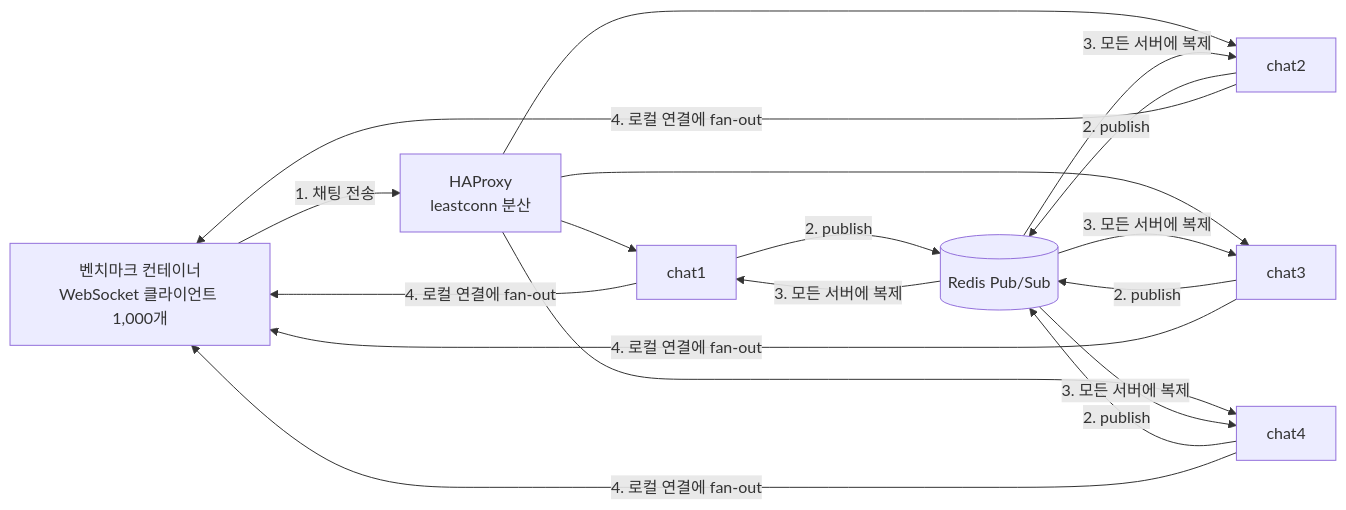
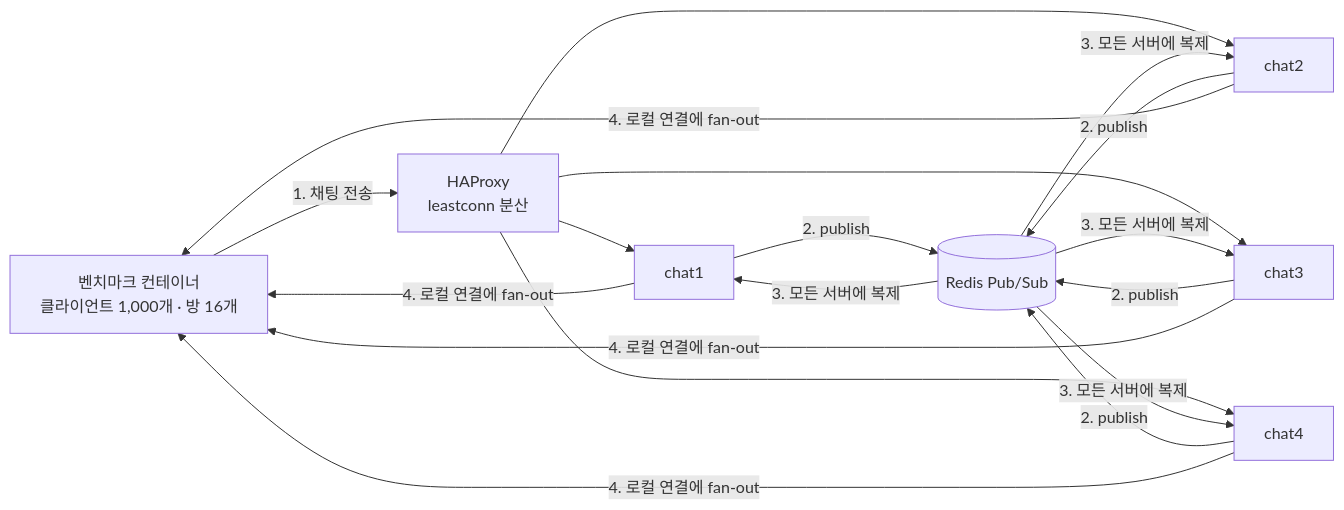
Before and after one commit to qmdch1/BlazeChat: the first of 2 diagrams in README.md, drawn with Mermaid. The commit also changed other lines of this file, not shown here.

````diff
--- a/README.md
+++ b/README.md
@@ -77,28 +77,28 @@
 ```mermaid
 flowchart LR
-    B["벤치마크 컨테이너<br/>WebSocket 클라이언트 1,000개"]
+    B["벤치마크 컨테이너<br/>클라이언트 1,000개 · 방 16개"]
     H["HAProxy<br/>leastconn 분산"]
     S1["chat1"]
     S2["chat2"]
     S3["chat3"]
     S4["chat4"]
     R[("Redis Pub/Sub")]
 
     B -->|"1. 채팅 전송"| H
     H --> S1
     H --> S2
     H --> S3
     H --> S4
     S1 -->|"2. publish"| R
     S2 -->|"2. publish"| R
     S3 -->|"2. publish"| R
     S4 -->|"2. publish"| R
     R -->|"3. 모든 서버에 복제"| S1
     R -->|"3. 모든 서버에 복제"| S2
     R -->|"3. 모든 서버에 복제"| S3
     R -->|"3. 모든 서버에 복제"| S4
     S1 -->|"4. 로컬 연결에 fan-out"| B
     S2 -->|"4. 로컬 연결에 fan-out"| B
     S3 -->|"4. 로컬 연결에 fan-out"| B
     S4 -->|"4. 로컬 연결에 fan-out"| B
 ```
````
